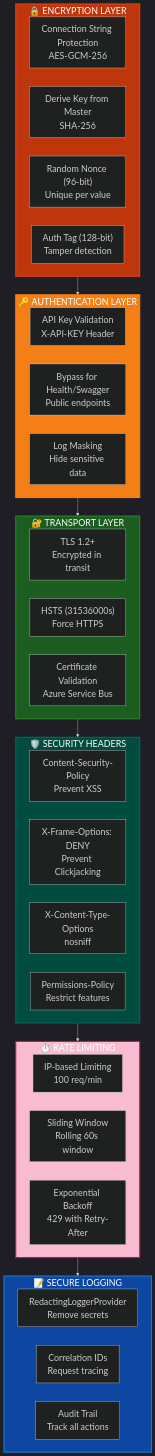
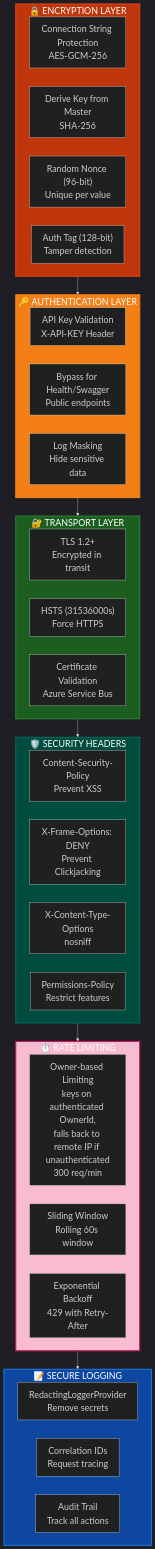
The sixth of 12 diagrams in services/api/ARCHITECTURE.md (debdevops/servicehub), drawn with Mermaid before and after one commit. The commit also changed other lines of this file and 9 other files, not shown here.

First line of the commit message:
Enhance documentation and security measures; refactor architecture for multi-cloud support

````diff
--- a/services/api/ARCHITECTURE.md
+++ b/services/api/ARCHITECTURE.md
@@ -349,54 +362,54 @@
 ```mermaid
 %%{init: {'theme':'dark', 'themeVariables': { 'fontSize':'24px', 'primaryTextColor':'#ffffff'}}}%%
 graph TB
     subgraph Encryption["🔒 ENCRYPTION LAYER"]
         CONNSTR["Connection String Protection<br/>AES-GCM-256"]
         PRIVKEY["Derive Key from Master<br/>SHA-256"]
         NONCE["Random Nonce (96-bit)<br/>Unique per value"]
         TAG["Auth Tag (128-bit)<br/>Tamper detection"]
     end
 
     subgraph Authentication["🔑 AUTHENTICATION LAYER"]
         APIKEY["API Key Validation<br/>X-API-KEY Header"]
         BYPASS["Bypass for Health/Swagger<br/>Public endpoints"]
         LOG_MASKING["Log Masking<br/>Hide sensitive data"]
     end
 
     subgraph Transport["🔐 TRANSPORT LAYER"]
         TLS["TLS 1.2+<br/>Encrypted in transit"]
         HSTS["HSTS (31536000s)<br/>Force HTTPS"]
         CERT["Certificate Validation<br/>Azure Service Bus"]
     end
 
     subgraph Headers["🛡️ SECURITY HEADERS"]
         CSP["Content-Security-Policy<br/>Prevent XSS"]
         FRAME["X-Frame-Options: DENY<br/>Prevent Clickjacking"]
         XCT["X-Content-Type-Options<br/>nosniff"]
         PERM["Permissions-Policy<br/>Restrict features"]
     end
 
     subgraph RateLimit["⏱️ RATE LIMITING"]
-        IP_LIMIT["IP-based Limiting<br/>100 req/min"]
+        IP_LIMIT["Owner-based Limiting<br/>keys on authenticated OwnerId,<br/>falls back to remote IP if unauthenticated<br/>300 req/min"]
         SLIDING["Sliding Window<br/>Rolling 60s window"]
         BACKOFF["Exponential Backoff<br/>429 with Retry-After"]
     end
 
     subgraph Logging["📝 SECURE LOGGING"]
         REDACT["RedactingLoggerProvider<br/>Remove secrets"]
         CORRELA["Correlation IDs<br/>Request tracing"]
         AUDIT["Audit Trail<br/>Track all actions"]
     end
 
     Encryption --> Authentication
     Authentication --> Transport
     Transport --> Headers
     Headers --> RateLimit
     RateLimit --> Logging
 
     style Encryption fill:#bf360c,stroke:#d84315,stroke-width:3px,color:#fff
     style Authentication fill:#f57f17,stroke:#f57f17,stroke-width:3px,color:#fff
     style Transport fill:#1b5e20,stroke:#2e7d32,stroke-width:3px,color:#fff
     style Headers fill:#004d40,stroke:#00695c,stroke-width:3px,color:#fff
     style RateLimit fill:#f8bbd0,stroke:#c2185b,stroke-width:3px,color:#fff
     style Logging fill:#0d47a1,stroke:#1976d2,stroke-width:3px,color:#fff
 ```
````
